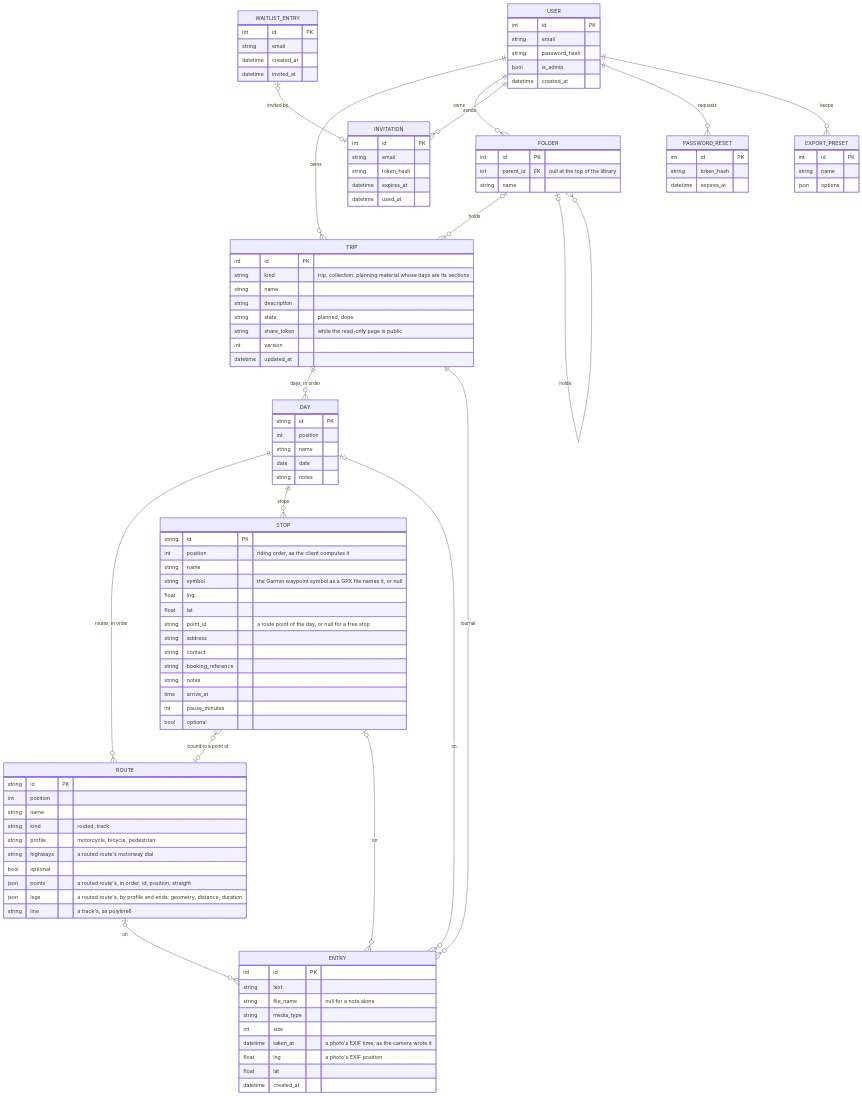
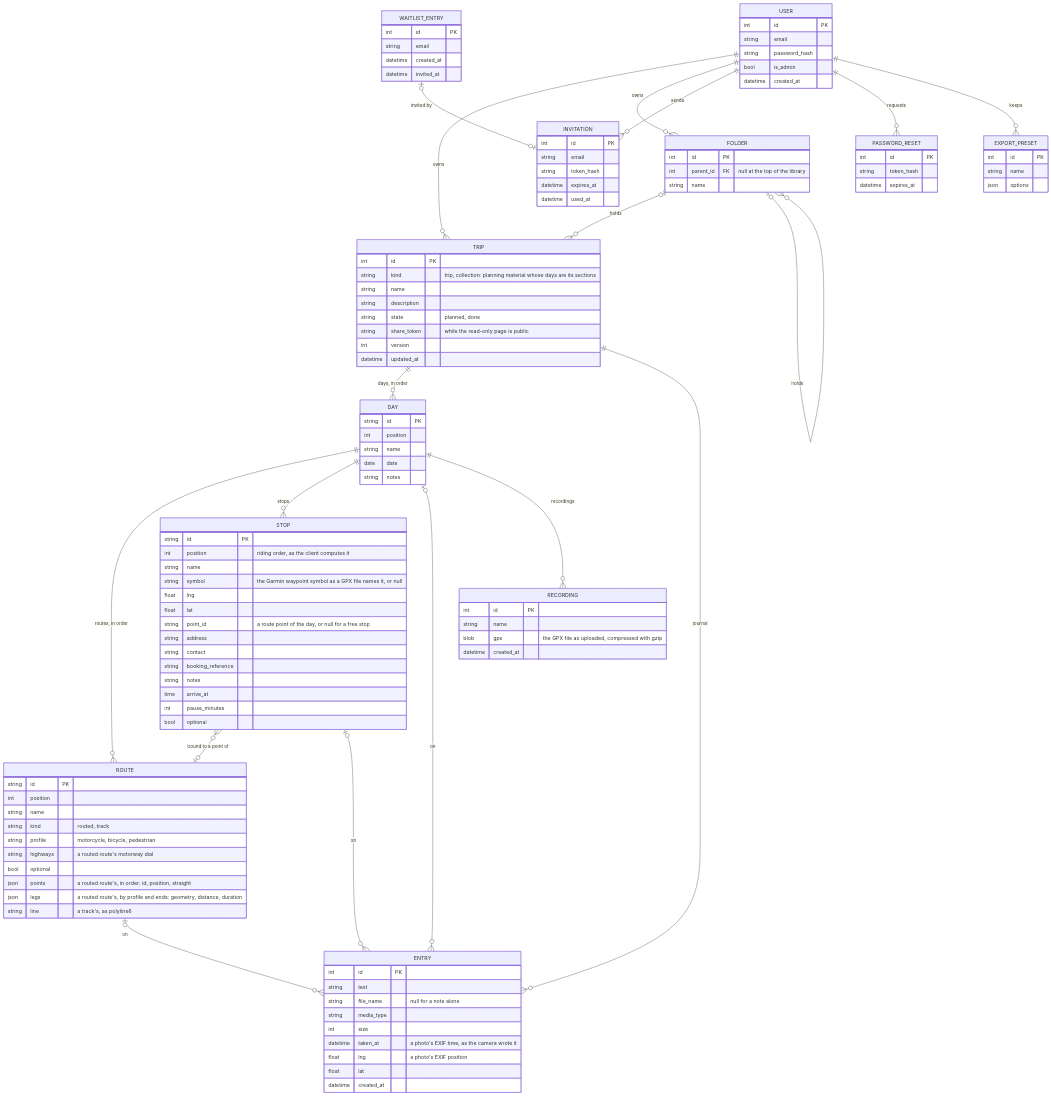
The third of 3 diagrams in .github/architecture.md (c0dev0id/TripPlanner), drawn with Mermaid before and after one commit. The commit also changed other lines of this file and 19 other files, not shown here.

```diff
--- a/.github/architecture.md
+++ b/.github/architecture.md
@@ -132,6 +137,7 @@
   DAY |o--o{ ENTRY : "on"
   STOP |o--o{ ENTRY : "on"
   ROUTE |o--o{ ENTRY : "on"
+  DAY ||--o{ RECORDING : "recordings"
 
   USER {
     int id PK
@@ -213,6 +219,12 @@
     int pause_minutes
     bool optional
   }
+  RECORDING {
+    int id PK
+    string name
+    blob gpx "the GPX file as uploaded, compressed with gzip"
+    datetime created_at
+  }
   ENTRY {
     int id PK
     string text
```
